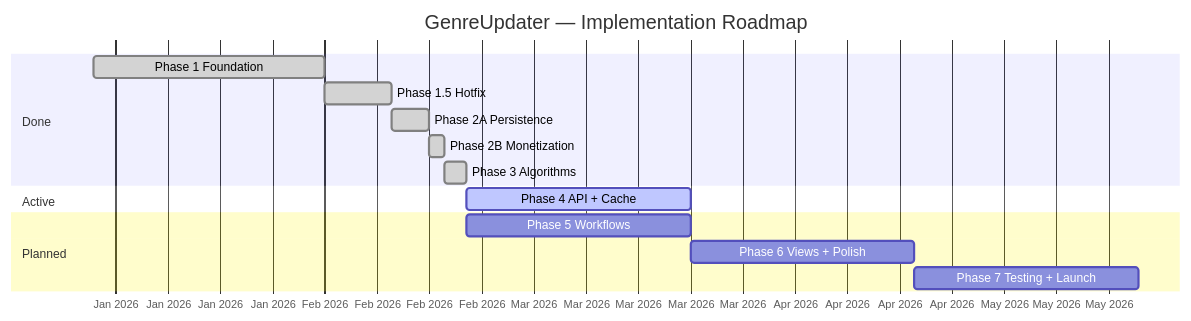
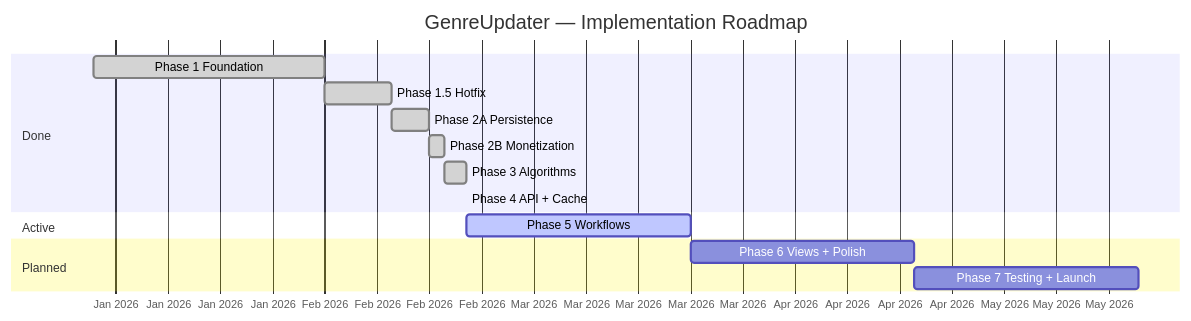
One commit to barad1tos/project-genreupdater-swift changed the seventh of 7 diagrams in docs/plans/PRD.md. Above: the diagram before and after it, drawn with Mermaid. The commit also changed other lines of this file, not shown here.

Commit message:
docs(prd): mark Phase 4 done, activate Phase 5

````diff
--- a/docs/plans/PRD.md
+++ b/docs/plans/PRD.md
@@ -1035,21 +1035,22 @@
 ```mermaid
 gantt
     title GenreUpdater — Implementation Roadmap
     dateFormat YYYY-MM-DD
     axisFormat %b %Y
 
     section Done
     Phase 1 Foundation       :done, p1, 2026-01-01, 2026-02-01
     Phase 1.5 Hotfix         :done, p15, 2026-02-01, 2026-02-10
     Phase 2A Persistence     :done, p2a, 2026-02-10, 2026-02-15
     Phase 2B Monetization    :done, p2b, 2026-02-15, 2026-02-17
     Phase 3 Algorithms       :done, p3, 2026-02-17, 2026-02-20
 
+    Phase 4 API + Cache      :done, p4, 2026-02-20, 2026-02-20
+
     section Active
-    Phase 4 API + Cache      :active, p4, 2026-02-20, 30d
+    Phase 5 Workflows        :active, p5, after p4, 30d
 
     section Planned
-    Phase 5 Workflows        :p5, after p3, 30d
     Phase 6 Views + Polish   :p6, after p5, 30d
     Phase 7 Testing + Launch :p7, after p6, 30d
 ```
````
